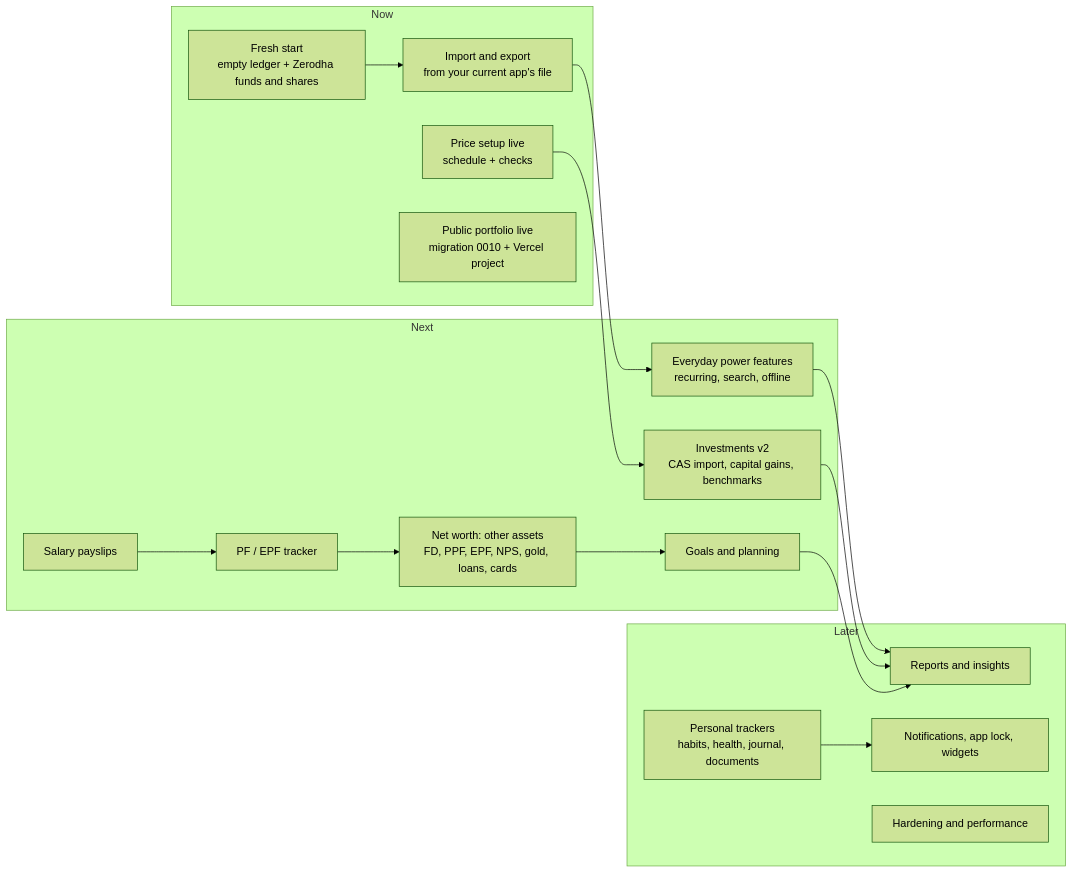
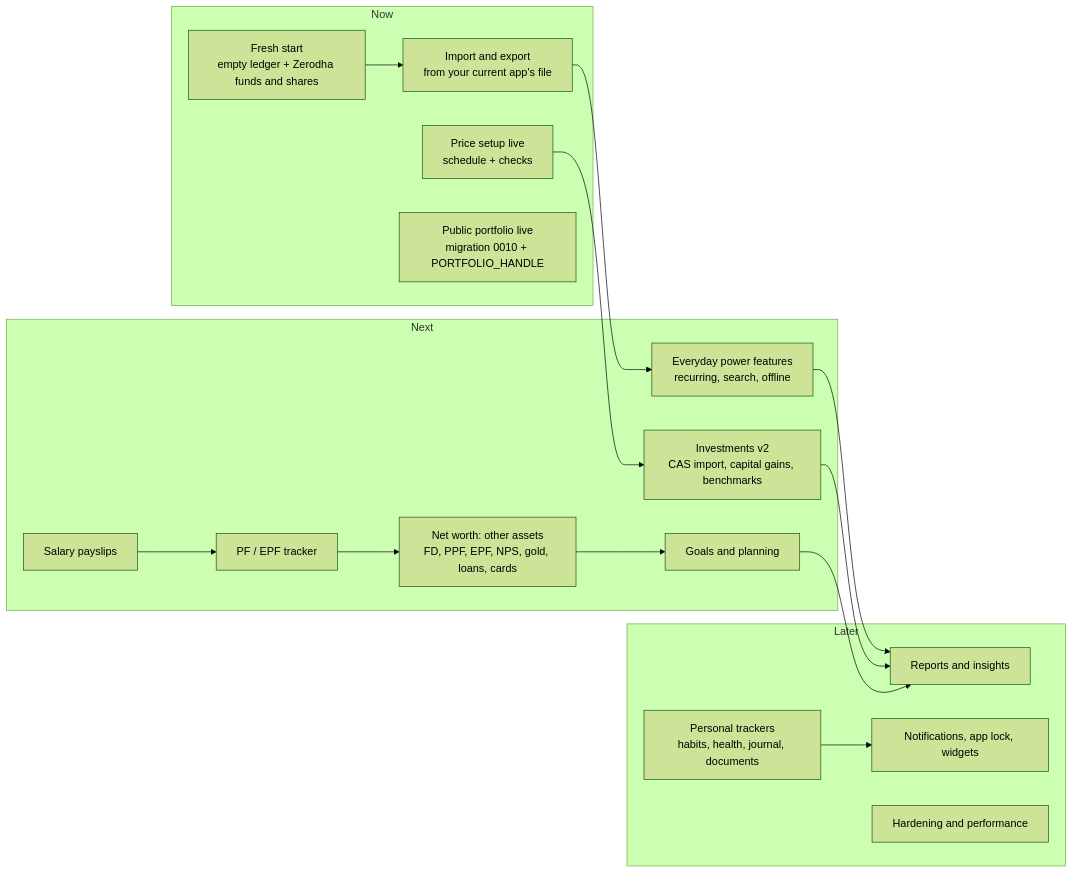
One commit to DEVABALAN-R/DEVABALAN changed the diagram in docs/architecture/ROADMAP.md. Above: the diagram before and after it, drawn with Mermaid (forest theme). The commit also changed other lines of this file and 7 other files, not shown here.

````diff
--- a/docs/architecture/ROADMAP.md
+++ b/docs/architecture/ROADMAP.md
@@ -30,28 +30,28 @@
 ```mermaid
 flowchart LR
   subgraph Now
     A[Fresh start<br/>empty ledger + Zerodha funds and shares]
     M[Import and export<br/>from your current app's file]
     B[Price setup live<br/>schedule + checks]
-    W[Public portfolio live<br/>migration 0010 + Vercel project]
+    W[Public portfolio live<br/>migration 0010 + PORTFOLIO_HANDLE]
   end
   subgraph Next
     P[PF / EPF tracker]
     S[Salary payslips]
     C[Everyday power features<br/>recurring, search, offline]
     D[Investments v2<br/>CAS import, capital gains, benchmarks]
     E[Net worth: other assets<br/>FD, PPF, EPF, NPS, gold, loans, cards]
     F[Goals and planning]
   end
   subgraph Later
     G[Reports and insights]
     H[Personal trackers<br/>habits, health, journal, documents]
     I[Notifications, app lock, widgets]
     J[Hardening and performance]
   end
   A --> M --> C --> G
   S --> P --> E
   B --> D --> G
   E --> F --> G
   H --> I
 ```
````
